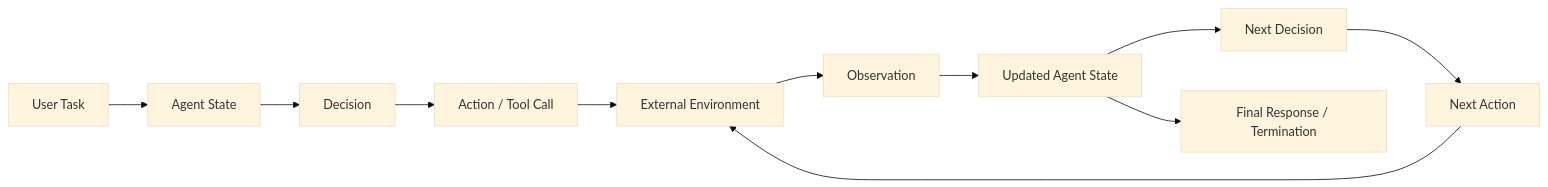
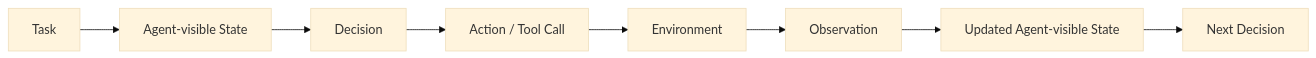
Before and after one commit to JiangHui0203/Homework: the first of 3 diagrams in LLM_Agent_Data/05_Tool_Use_and_Agent_Trajectory_Data.md, drawn with Mermaid (base theme). The commit also changed other lines of this file, not shown here.

Commit message:
Refine Ch5 around tool-use and agent trajectory data

````diff
--- a/LLM_Agent_Data/05_Tool_Use_and_Agent_Trajectory_Data.md
+++ b/LLM_Agent_Data/05_Tool_Use_and_Agent_Trajectory_Data.md
@@ -29,13 +35,10 @@
 ```mermaid
 flowchart LR
-    U[User Task] --> S0[Agent State]
-    S0 --> D[Decision]
+    T[Task] --> S[Agent-visible State]
+    S --> D[Decision]
     D --> A[Action / Tool Call]
-    A --> E[External Environment]
+    A --> E[Environment]
     E --> O[Observation]
-    O --> S1[Updated Agent State]
-    S1 --> D2[Next Decision]
-    D2 --> A2[Next Action]
-    A2 --> E
-    S1 --> F[Final Response / Termination]
+    O --> S2[Updated Agent-visible State]
+    S2 --> D2[Next Decision]
 ```
````
